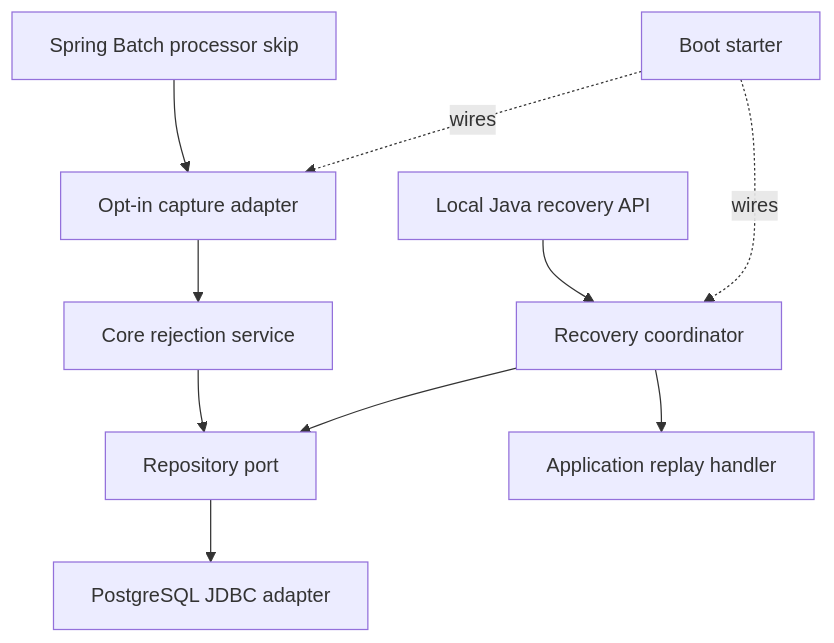
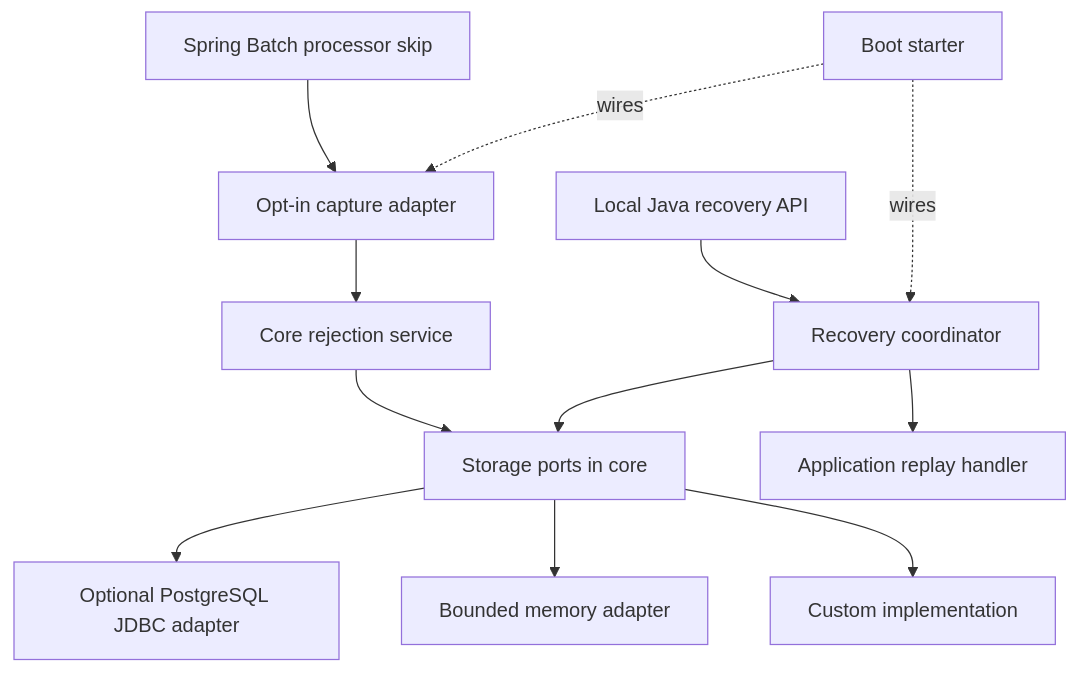
The first of 2 diagrams in docs/architecture.md (hamzador/BatchRecover), drawn with Mermaid before and after one commit. The commit also changed other lines of this file and 44 other files, not shown here.

First line of the commit message:
feat: bounded memory storage and optional JDBC (Sprint 6) (#10)

````diff
--- a/docs/architecture.md
+++ b/docs/architecture.md
@@ -13,12 +13,14 @@
 ```mermaid
 flowchart TD
   A[Spring Batch processor skip] --> B[Opt-in capture adapter]
   B --> C[Core rejection service]
-  C --> D[Repository port]
-  D --> E[PostgreSQL JDBC adapter]
+  C --> D[Storage ports in core]
+  D --> E[Optional PostgreSQL JDBC adapter]
+  D --> M[Bounded memory adapter]
+  D --> X[Custom implementation]
   F[Local Java recovery API] --> G[Recovery coordinator]
   G --> D
   G --> H[Application replay handler]
   I[Boot starter] -. wires .-> B
   I -. wires .-> G
 ```
````
